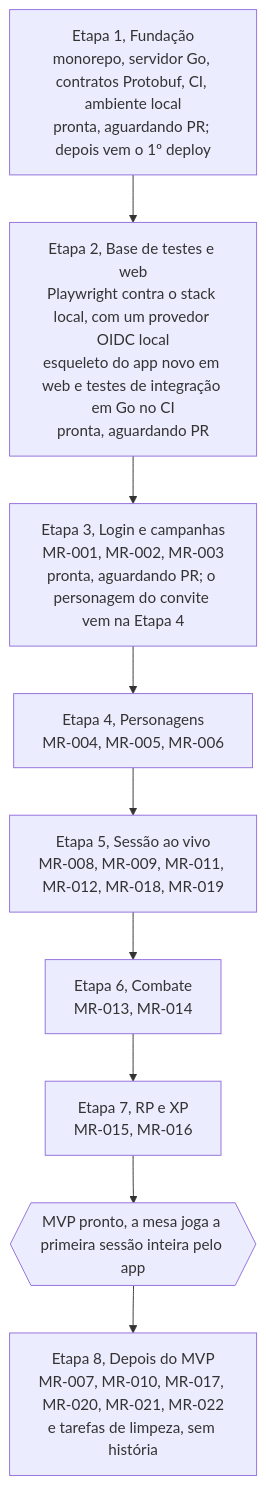
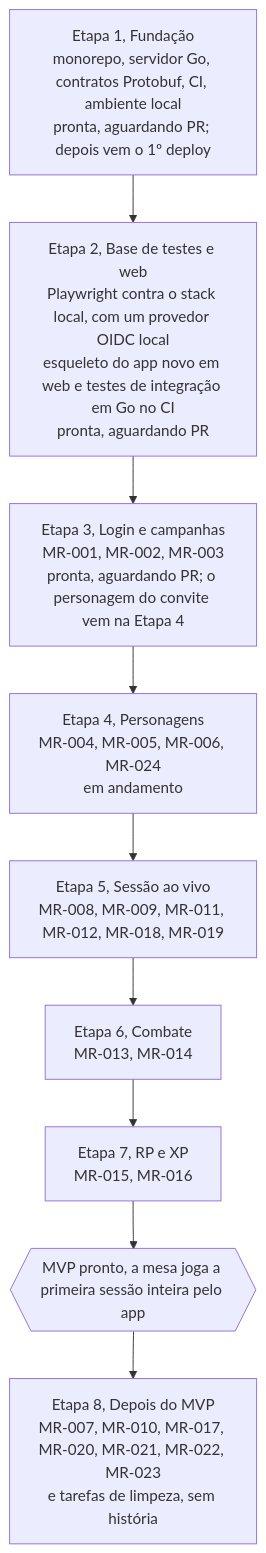
The diagram in docs/roadmap.md (PuraFome/meuRPG), drawn with Mermaid before and after one commit. The commit also changed other lines of this file and 6 other files, not shown here.

````diff
--- a/docs/roadmap.md
+++ b/docs/roadmap.md
@@ -5,14 +5,14 @@
 ```mermaid
 flowchart TD
     E1["Etapa 1, Fundação<br/>monorepo, servidor Go, contratos Protobuf, CI, ambiente local<br/>pronta, aguardando PR; depois vem o 1º deploy"]
     E2["Etapa 2, Base de testes e web<br/>Playwright contra o stack local, com um provedor OIDC local<br/>esqueleto do app novo em web e testes de integração em Go no CI<br/>pronta, aguardando PR"]
     E3["Etapa 3, Login e campanhas<br/>MR-001, MR-002, MR-003<br/>pronta, aguardando PR; o personagem do convite vem na Etapa 4"]
-    E4["Etapa 4, Personagens<br/>MR-004, MR-005, MR-006"]
+    E4["Etapa 4, Personagens<br/>MR-004, MR-005, MR-006, MR-024<br/>em andamento"]
     E5["Etapa 5, Sessão ao vivo<br/>MR-008, MR-009, MR-011, MR-012, MR-018, MR-019"]
     E6["Etapa 6, Combate<br/>MR-013, MR-014"]
     E7["Etapa 7, RP e XP<br/>MR-015, MR-016"]
     MVP{{"MVP pronto, a mesa joga a primeira sessão inteira pelo app"}}
-    E8["Etapa 8, Depois do MVP<br/>MR-007, MR-010, MR-017, MR-020, MR-021, MR-022<br/>e tarefas de limpeza, sem história"]
+    E8["Etapa 8, Depois do MVP<br/>MR-007, MR-010, MR-017, MR-020, MR-021, MR-022, MR-023<br/>e tarefas de limpeza, sem história"]
 
     E1 --> E2 --> E3 --> E4 --> E5 --> E6 --> E7 --> MVP --> E8
 ```
````
